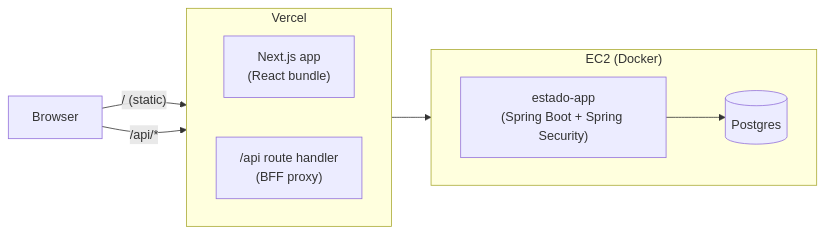
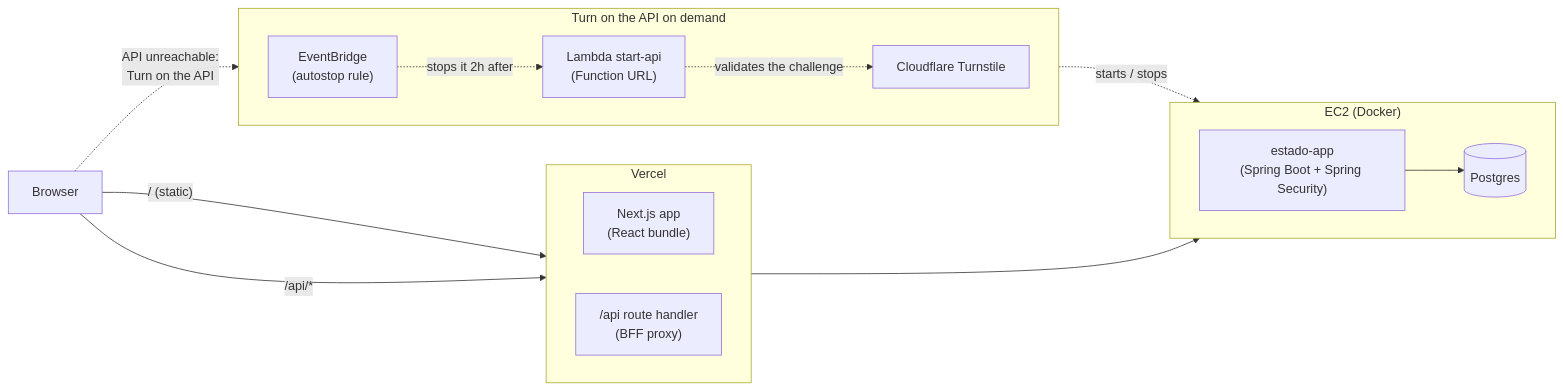
The diagram in README.md (ronybrand/react_state), drawn with Mermaid before and after one commit.

Commit message:
docs: diagrama mostra a Lambda start-api (Ligar a API sob demanda) (#97)

````diff
--- a/README.md
+++ b/README.md
@@ -18,21 +18,33 @@
 ```mermaid
 flowchart LR
     Browser["Browser"]
 
     subgraph Vercel["Vercel"]
         direction LR
         Static["Next.js app\n(React bundle)"]
         Rewrite["/api route handler\n(BFF proxy)"]
     end
 
     subgraph EC2["EC2 (Docker)"]
         direction LR
         App["estado-app\n(Spring Boot + Spring Security)"]
         DB[("Postgres")]
     end
 
+
+    subgraph OnDemand["Turn on the API on demand"]
+        direction LR
+        Lambda["Lambda start-api\n(Function URL)"]
+        Turnstile["Cloudflare Turnstile"]
+        Autostop["EventBridge\n(autostop rule)"]
+    end
+
     Browser -- "/ (static)" --> Static
     Browser -- "/api/*" --> Rewrite
     Rewrite --> App
     App --> DB
+    Browser -. "API unreachable:\nTurn on the API" .-> Lambda
+    Lambda -. "validates the challenge" .-> Turnstile
+    Lambda -. "starts / stops" .-> EC2
+    Autostop -. "stops it 2h after" .-> Lambda
 ```
````
